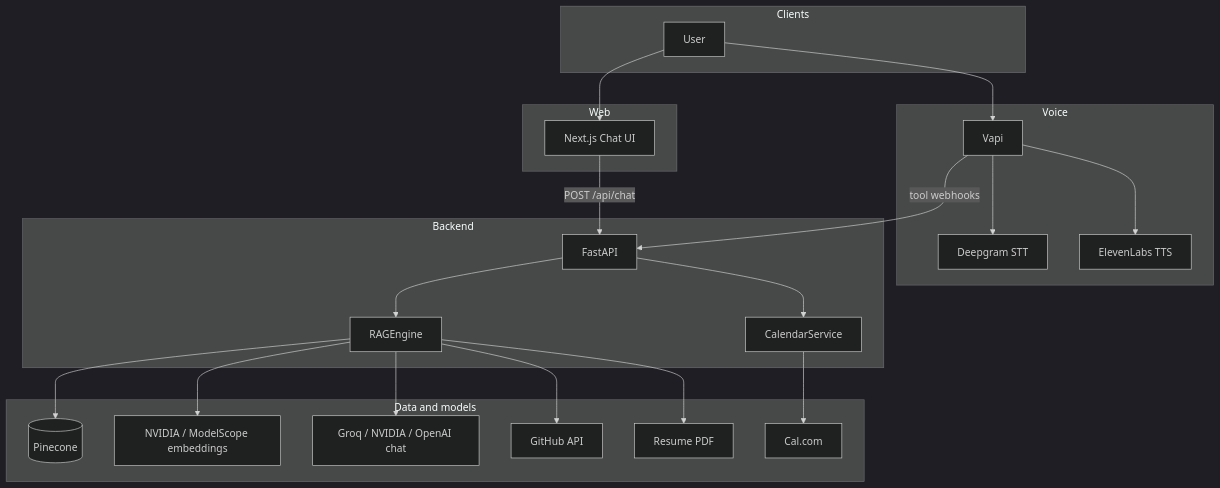
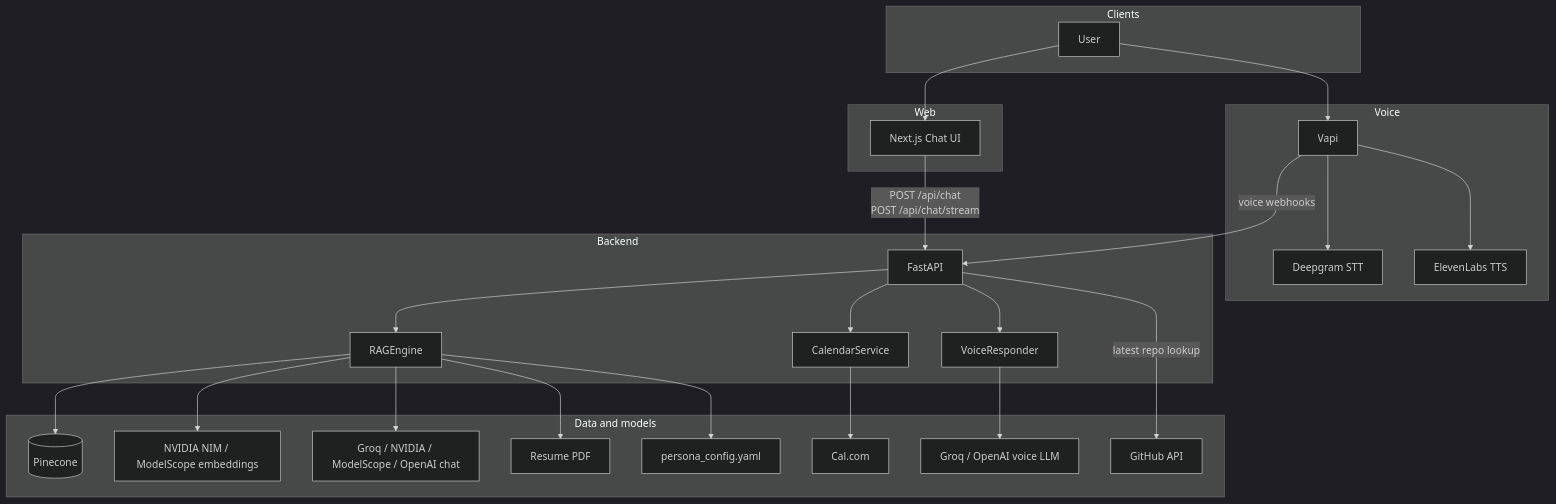
Before and after one commit to SarthakPaandey/Persona: the first of 3 diagrams in docs/ARCHITECTURE.md, drawn with Mermaid (dark theme). The commit also changed other lines of this file, not shown here.

First line of the commit message:
Update architecture documentation

````diff
--- a/docs/ARCHITECTURE.md
+++ b/docs/ARCHITECTURE.md
@@ -11,41 +11,47 @@
 ```mermaid
 flowchart TB
     subgraph clients [Clients]
         U[User]
     end
     subgraph web [Web]
         FE[Next.js Chat UI]
     end
     subgraph voice [Voice]
         VA[Vapi]
         STT[Deepgram STT]
         TTS[ElevenLabs TTS]
     end
     subgraph backend [Backend]
         API[FastAPI]
         RAG[RAGEngine]
         CAL[CalendarService]
+        VOICE[VoiceResponder]
     end
     subgraph data [Data and models]
         PC[(Pinecone)]
-        EMB[NVIDIA / ModelScope embeddings]
-        LLM[Groq / NVIDIA / OpenAI chat]
+        EMB[NVIDIA NIM / ModelScope embeddings]
+        LLM[Groq / NVIDIA / ModelScope / OpenAI chat]
+        VLLM[Groq / OpenAI voice LLM]
         GH[GitHub API]
         PDF[Resume PDF]
+        CFG[persona_config.yaml]
         CC[Cal.com]
     end
     U --> FE
     U --> VA
-    FE -->|POST /api/chat| API
-    VA -->|tool webhooks| API
+    FE -->|POST /api/chat\nPOST /api/chat/stream| API
+    VA -->|voice webhooks| API
     VA --> STT
     VA --> TTS
     API --> RAG
     API --> CAL
+    API --> VOICE
+    API -->|latest repo lookup| GH
     RAG --> PC
     RAG --> EMB
     RAG --> LLM
-    RAG --> GH
     RAG --> PDF
+    RAG --> CFG
+    VOICE --> VLLM
     CAL --> CC
 ```
````
